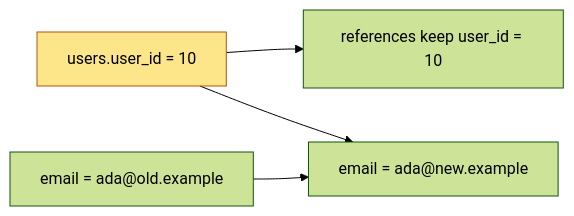
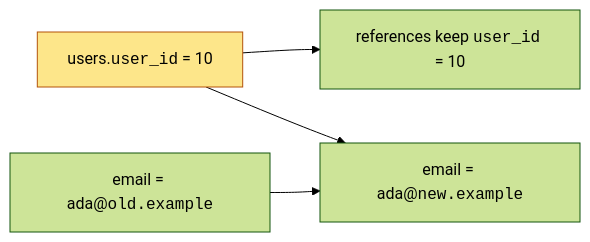
One commit to dataslope/dataslope changed the fifth of 7 diagrams in content/learn/database-design-postgresql/natural-vs-surrogate-keys.mdx. Above: the diagram before and after it, drawn with Mermaid (forest theme). The commit also changed other lines of this file and 218 other files, not shown here.

First line of the commit message:
Render code-only mermaid shapes in monospace; convert step sequences to Steps (#467)

````diff
--- a/content/learn/database-design-postgresql/natural-vs-surrogate-keys.mdx
+++ b/content/learn/database-design-postgresql/natural-vs-surrogate-keys.mdx
@@ -159,7 +159,7 @@
 ```mermaid
 flowchart LR
-    ID["users.user_id = 10"]:::pk --> R["references keep user_id = 10"]
-    E1["email = ada@old.example"] --> E2["email = ada@new.example"]
+    ID["users.<code>user_id</code> = 10"]:::pk --> R["references keep <code>user_id</code> = 10"]
+    E1["email = ada@<code>old.example</code>"] --> E2["email = ada@<code>new.example</code>"]
     ID --> E2
     classDef pk fill:#fde68a,stroke:#b45309
 ```
````
